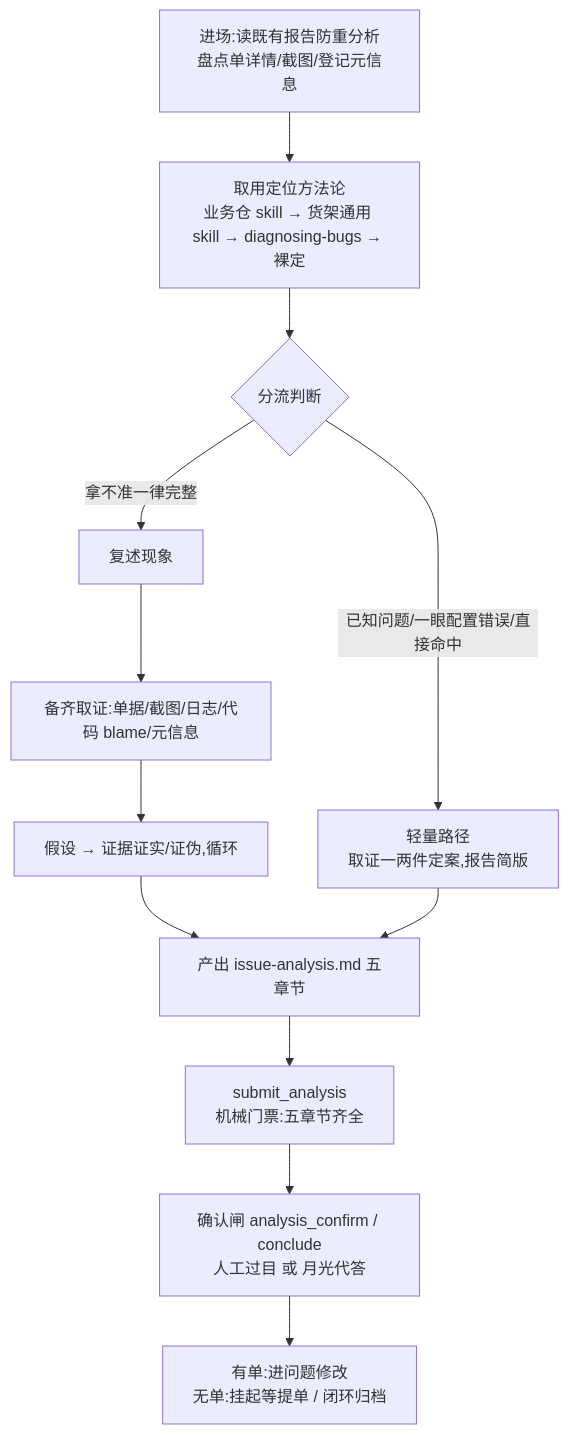
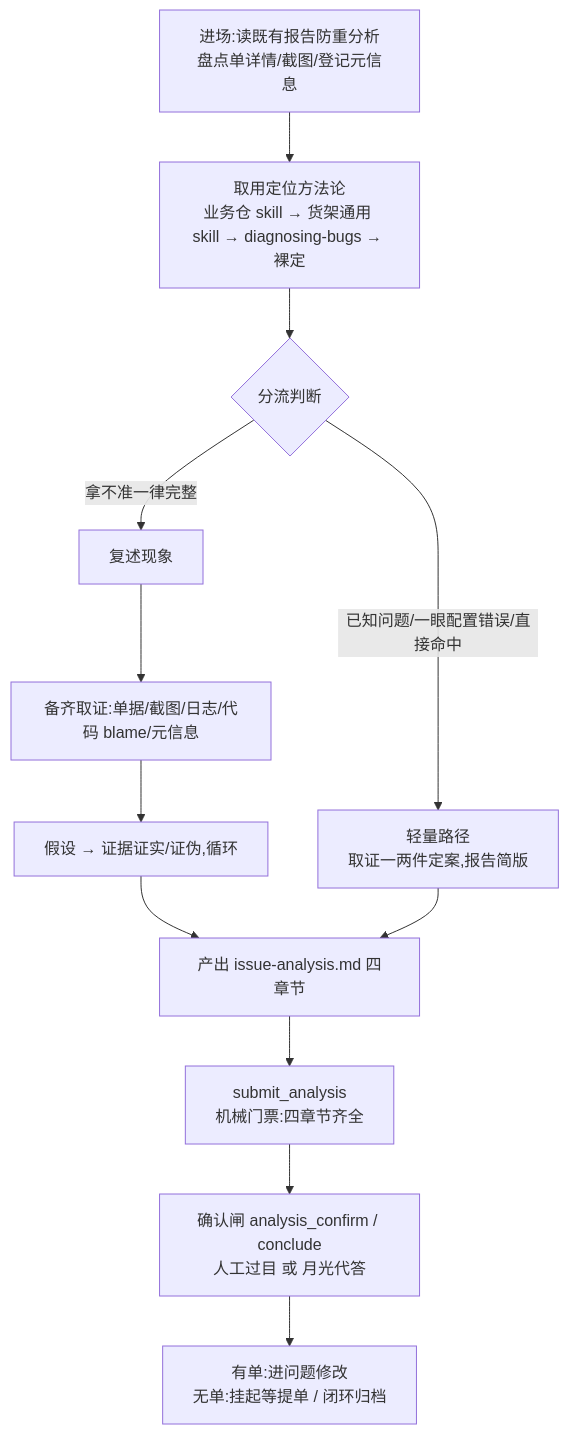
The diagram in docs/issue-analysis-workflow.md (yunine9/mae-flow-cloud), drawn with Mermaid before and after one commit. The commit also changed other lines of this file and 37 other files, not shown here.

````diff
--- a/docs/issue-analysis-workflow.md
+++ b/docs/issue-analysis-workflow.md
@@ -14,14 +14,14 @@
 ```mermaid
 flowchart TD
     A[进场:读既有报告防重分析<br/>盘点单详情/截图/登记元信息] --> B[取用定位方法论<br/>业务仓 skill → 货架通用 skill → diagnosing-bugs → 裸定]
     B --> C{分流判断}
     C -- 已知问题/一眼配置错误/直接命中 --> D[轻量路径<br/>取证一两件定案,报告简版]
     C -- 拿不准一律完整 --> E[复述现象]
     E --> F[备齐取证:单据/截图/日志/代码 blame/元信息]
     F --> G[假设 → 证据证实/证伪,循环]
-    G --> H[产出 issue-analysis.md 五章节]
+    G --> H[产出 issue-analysis.md 四章节]
     D --> H
-    H --> I[submit_analysis<br/>机械门票:五章节齐全]
+    H --> I[submit_analysis<br/>机械门票:四章节齐全]
     I --> J[确认闸 analysis_confirm / conclude<br/>人工过目 或 月光代答]
     J --> K[有单:进问题修改<br/>无单:挂起等提单 / 闭环归档]
 ```
````
